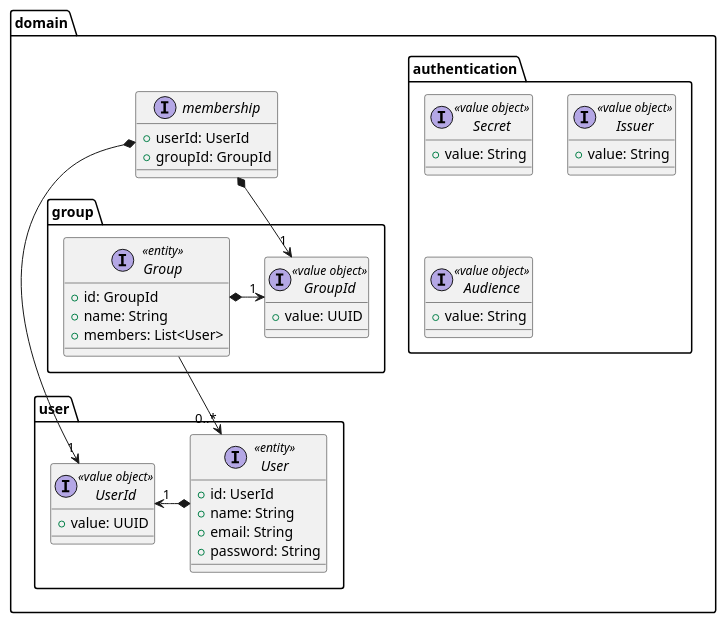
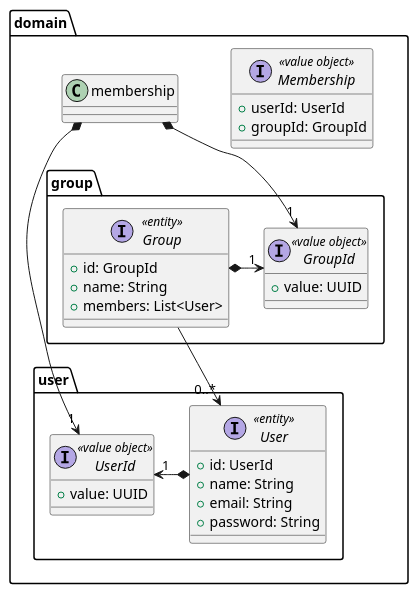
The first of 3 diagrams in content/docs/4-detailed-design/5-user-groups-service.md (position-pal/Documentation), drawn with PlantUML before and after one commit. The commit also changed other lines of this file and 12 other files, not shown here.

````diff
--- a/content/docs/4-detailed-design/5-user-groups-service.md
+++ b/content/docs/4-detailed-design/5-user-groups-service.md
@@ -18,52 +18,40 @@
 ```plantuml 
 @startuml user-group-service-structure
 package domain {
   package user {
     interface User <<entity>> {
       + id: UserId
       + name: String
       + email: String
       + password: String
     }
     interface UserId <<value object>> {
       + value: UUID
     }
     User *-right-> "1" UserId
   }
 
 
-  package authentication {
-      interface Secret <<value object>> {
-          + value: String
-      }
-      interface Issuer <<value object>> {
-          + value: String
-      }
-      interface Audience <<value object>> {
-          + value: String
-      }
-  }
-
-  interface membership {
+  interface Membership <<value object>>{
     + userId: UserId
     + groupId: GroupId
   }
 
   package group {
     interface Group <<entity>> {
       + id: GroupId
       + name: String
       + members: List<User>
     }
     interface GroupId <<value object>> {
       + value: UUID
     }
     Group *-right-> "1" GroupId
     Group --> "0..*" User
   }
 
   membership *-down-> "1" UserId
   membership *-down-> "1" GroupId
 }
 @enduml
 ```
````
